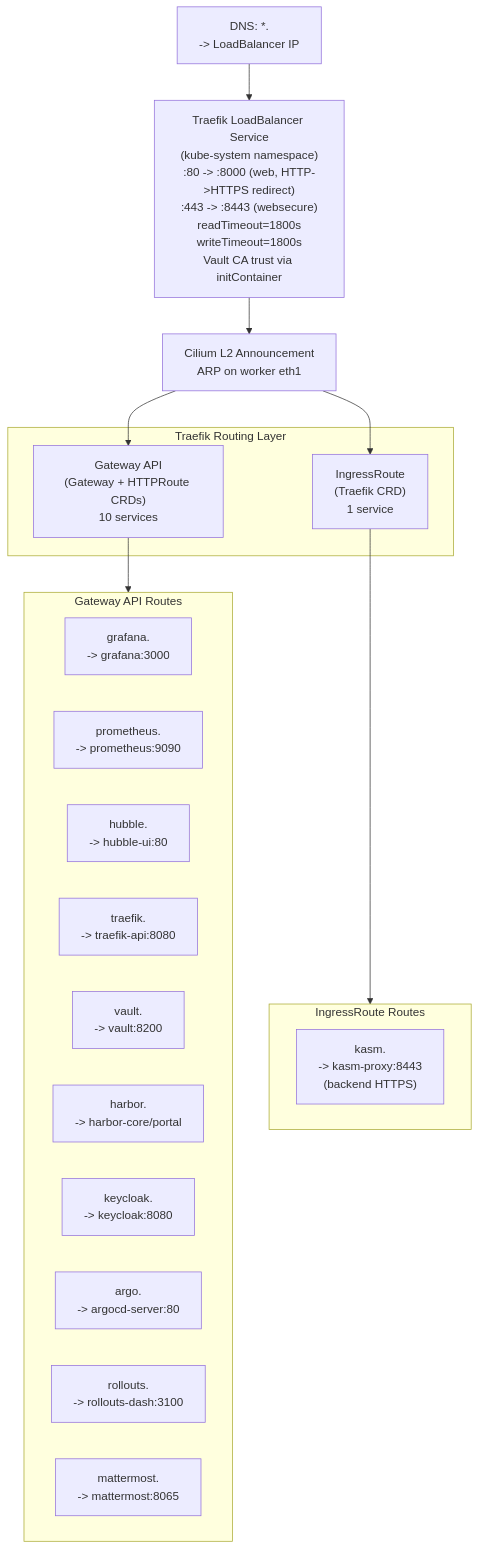
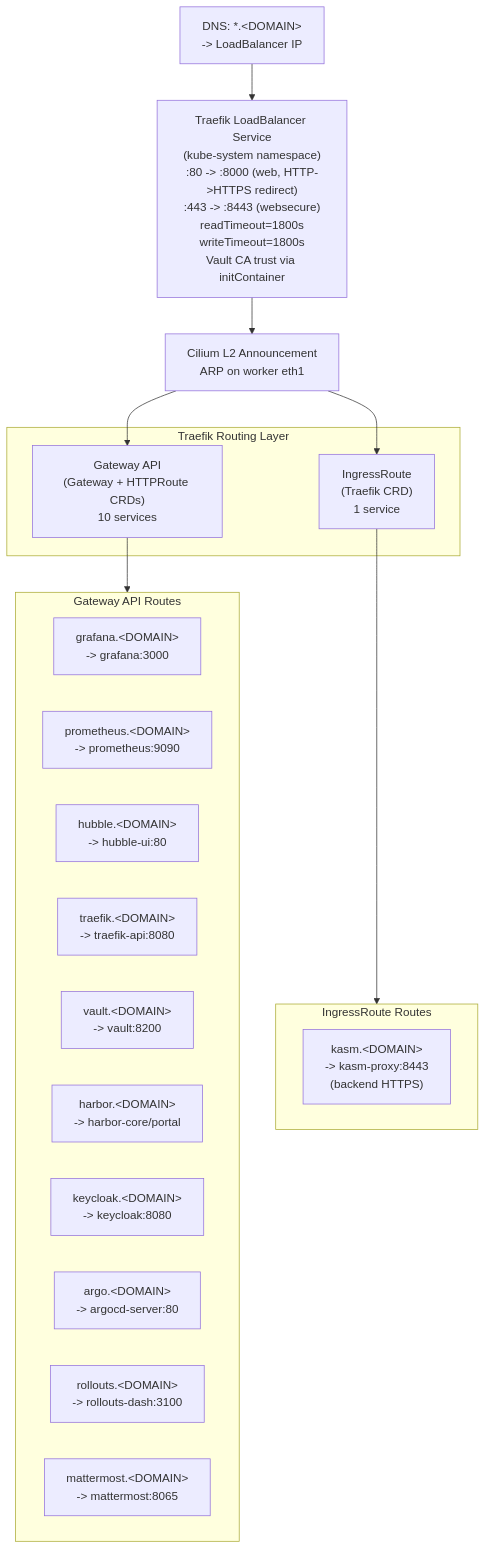
One commit to derhornspieler/harvester-rke2-platform changed the seventh of 26 diagrams in docs/engineering/system-architecture.md. Above: the diagram before and after it, drawn with Mermaid. The commit also changed other lines of this file and 127 other files, not shown here.

````diff
--- a/docs/engineering/system-architecture.md
+++ b/docs/engineering/system-architecture.md
@@ -356,37 +354,37 @@
 ```mermaid
 graph TD
-    DNS["DNS: *.<DOMAIN><br/>-> LoadBalancer IP"]
+    DNS["DNS: *.&lt;DOMAIN&gt;<br/>-> LoadBalancer IP"]
     LB["Traefik LoadBalancer Service<br/>(kube-system namespace)<br/>:80 -> :8000 (web, HTTP->HTTPS redirect)<br/>:443 -> :8443 (websecure)<br/>readTimeout=1800s<br/>writeTimeout=1800s<br/>Vault CA trust via initContainer"]
     L2A["Cilium L2 Announcement<br/>ARP on worker eth1"]
 
     subgraph Routing["Traefik Routing Layer"]
         GW["Gateway API<br/>(Gateway + HTTPRoute CRDs)<br/>10 services"]
         IR["IngressRoute<br/>(Traefik CRD)<br/>1 service"]
     end
 
     subgraph GWAPI["Gateway API Routes"]
         direction LR
-        Grafana["grafana.<DOMAIN><br/>-> grafana:3000"]
-        Prometheus["prometheus.<DOMAIN><br/>-> prometheus:9090"]
-        Hubble["hubble.<DOMAIN><br/>-> hubble-ui:80"]
-        TraefikR["traefik.<DOMAIN><br/>-> traefik-api:8080"]
-        VaultR["vault.<DOMAIN><br/>-> vault:8200"]
-        HarborR["harbor.<DOMAIN><br/>-> harbor-core/portal"]
-        KeycloakR["keycloak.<DOMAIN><br/>-> keycloak:8080"]
-        ArgoR["argo.<DOMAIN><br/>-> argocd-server:80"]
-        RolloutsR["rollouts.<DOMAIN><br/>-> rollouts-dash:3100"]
-        MMR["mattermost.<DOMAIN><br/>-> mattermost:8065"]
+        Grafana["grafana.&lt;DOMAIN&gt;<br/>-> grafana:3000"]
+        Prometheus["prometheus.&lt;DOMAIN&gt;<br/>-> prometheus:9090"]
+        Hubble["hubble.&lt;DOMAIN&gt;<br/>-> hubble-ui:80"]
+        TraefikR["traefik.&lt;DOMAIN&gt;<br/>-> traefik-api:8080"]
+        VaultR["vault.&lt;DOMAIN&gt;<br/>-> vault:8200"]
+        HarborR["harbor.&lt;DOMAIN&gt;<br/>-> harbor-core/portal"]
+        KeycloakR["keycloak.&lt;DOMAIN&gt;<br/>-> keycloak:8080"]
+        ArgoR["argo.&lt;DOMAIN&gt;<br/>-> argocd-server:80"]
+        RolloutsR["rollouts.&lt;DOMAIN&gt;<br/>-> rollouts-dash:3100"]
+        MMR["mattermost.&lt;DOMAIN&gt;<br/>-> mattermost:8065"]
     end
 
     subgraph IRRoutes["IngressRoute Routes"]
         direction LR
-        KasmR["kasm.<DOMAIN><br/>-> kasm-proxy:8443<br/>(backend HTTPS)"]
+        KasmR["kasm.&lt;DOMAIN&gt;<br/>-> kasm-proxy:8443<br/>(backend HTTPS)"]
     end
 
     DNS --> LB
     LB --> L2A
     L2A --> GW
     L2A --> IR
     GW --> GWAPI
     IR --> IRRoutes
 ```
````
